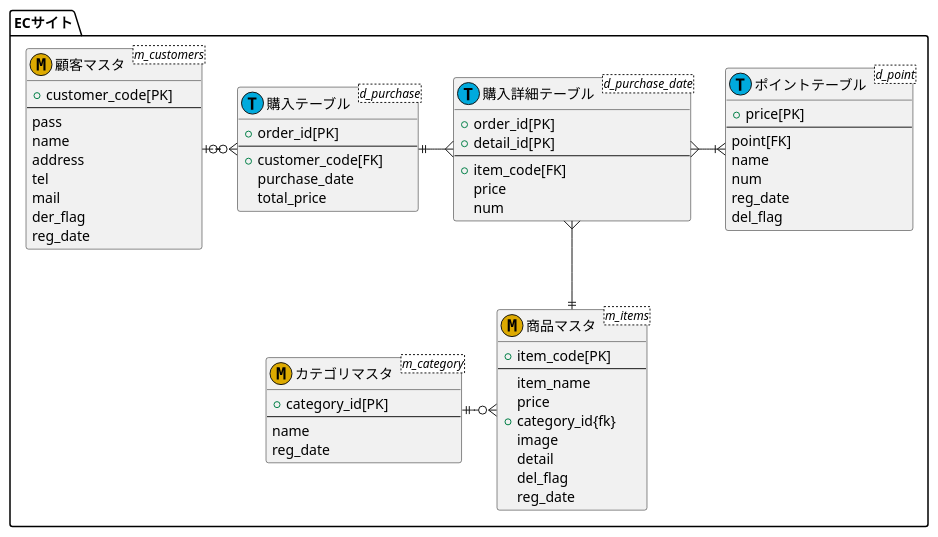
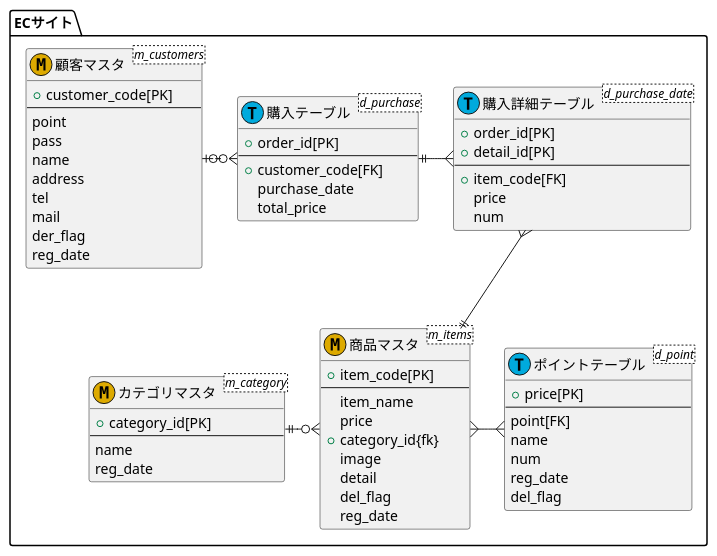
The diagram in mye-r.md (Aso2001033/2021.design-sys), drawn with PlantUML before and after one commit.

````diff
--- a/mye-r.md
+++ b/mye-r.md
@@ -1,73 +1,74 @@
 ```puml
 @startuml
 
 package "ECサイト" as target_system{
 
 entity "顧客マスタ"<m_customers><<M,DDAA00>>{
 +customer_code[PK]
 --
+point
 pass
 name
 address
 tel
 mail
 der_flag
 reg_date
 }
 
 entity "購入テーブル"<d_purchase><<T,00AADD>>{
 +order_id[PK]
 --
 +customer_code[FK]
 purchase_date
 total_price
 }
 
 entity "購入詳細テーブル"<d_purchase_date><<T,00AADD>>{
 +order_id[PK]
 +detail_id[PK]
 --
 +item_code[FK]
 price
 num
 }
 
 entity "商品マスタ"<m_items><<M,DDAA00>>{
 +item_code[PK]
 --
 item_name
 price
 +category_id{fk}
 image
 detail
 del_flag
 reg_date
 }
 
 entity "カテゴリマスタ"<m_category><<M,DDAA00>>{
 +category_id[PK]
 --
 name
 reg_date
 }
 
 entity "ポイントテーブル"<d_point><<T,00AADD>>{
 +price[PK]
 --
 point[FK]
 name
 num
 reg_date
 del_flag
 }
 
 }
 
 顧客マスタ |o-ri-o{ 購入テーブル
 購入テーブル ||-ri-{ 購入詳細テーブル 
-購入詳細テーブル }-ri-|{ ポイントテーブル
 購入詳細テーブル }-do-|| 商品マスタ
+商品マスタ}-ri-{ポイントテーブル
 商品マスタ }o-le-|| カテゴリマスタ
 
 @enduml
 ```
````
